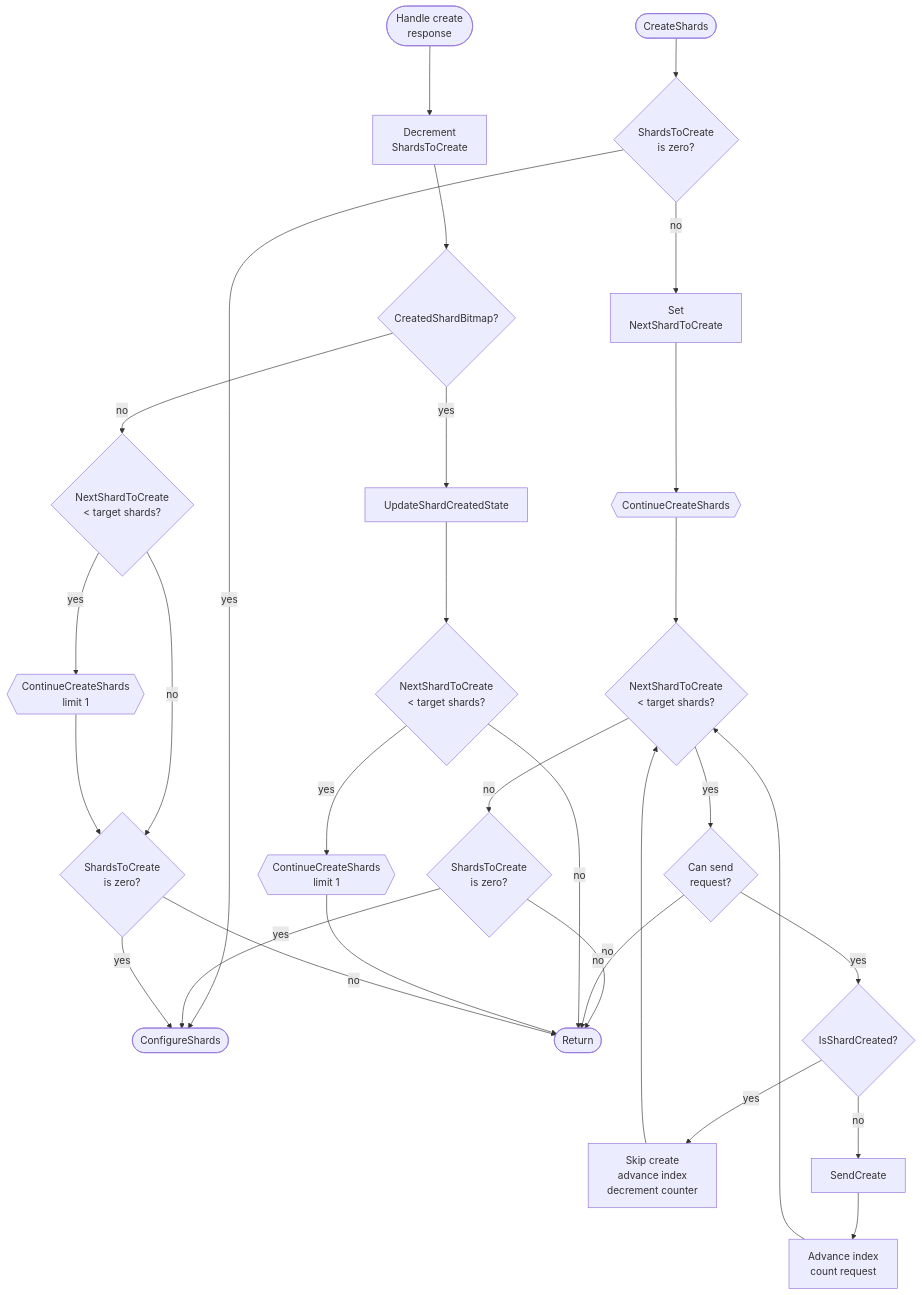
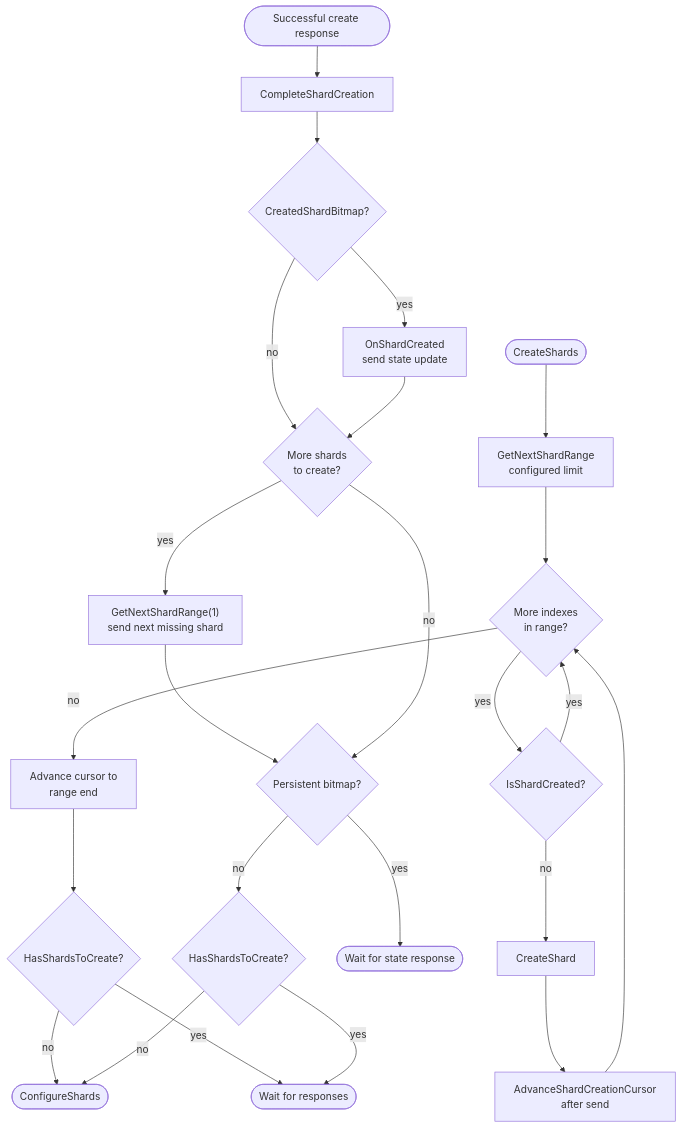
Before and after one commit to ydb-platform/nbs: the third of 4 diagrams in doc/filestore/design/resize_flow.md, drawn with Mermaid. The commit also changed other lines of this file, not shown here.

Commit message:
[Filestore] update create/resize doc to current state

````diff
--- a/doc/filestore/design/resize_flow.md
+++ b/doc/filestore/design/resize_flow.md
@@ -138,37 +150,27 @@
 ```mermaid
 flowchart TD
-    StartCreate([CreateShards]) --> NoCreate{ShardsToCreate<br/>is zero?}
-    NoCreate -->|yes| Configure([ConfigureShards])
-    NoCreate -->|no| Init["Set<br/>NextShardToCreate"]
-    Init --> Continue{{ContinueCreateShards}}
+    StartCreate([CreateShards]) --> Range["GetNextShardRange<br/>configured limit"]
+    Range --> Index{More indexes<br/>in range?}
+    Index -->|yes| Created{IsShardCreated?}
+    Created -->|yes| Index
+    Created -->|no| Send["CreateShard"]
+    Send --> Advance["AdvanceShardCreationCursor<br/>after send"]
+    Advance --> Index
+    Index -->|no| End["Advance cursor to<br/>range end"]
+    End --> Done{HasShardsToCreate?}
+    Done -->|no| Configure([ConfigureShards])
+    Done -->|yes| Wait([Wait for responses])
 
-    Continue --> MoreIndex{NextShardToCreate<br/>< target shards?}
-    MoreIndex -->|no| AfterLoop{ShardsToCreate<br/>is zero?}
-    AfterLoop -->|yes| Configure
-    AfterLoop -->|no| Return([Return])
-
-    MoreIndex -->|yes| CanSend{Can send<br/>request?}
-    CanSend -->|no| Return
-    CanSend -->|yes| Created{IsShardCreated?}
-    Created -->|yes| SkipCreate["Skip create<br/>advance index<br/>decrement counter"]
-    SkipCreate --> MoreIndex
-    Created -->|no| SendCreate
-    SendCreate --> Advance["Advance index<br/>count request"]
-    Advance --> MoreIndex
-
-    StartResponse([Handle create<br/>response]) --> Decrement["Decrement<br/>ShardsToCreate"]
-    Decrement --> HasBitmap{CreatedShardBitmap?}
-
-    HasBitmap -->|yes| UpdateBits["UpdateShardCreatedState"]
-    UpdateBits --> MaybeRefillPersistent{NextShardToCreate<br/>< target shards?}
-    MaybeRefillPersistent -->|yes| ContinueOnePersistent{{ContinueCreateShards<br/>limit 1}}
-    MaybeRefillPersistent -->|no| Return
-    ContinueOnePersistent --> Return
-
-    HasBitmap -->|no| MaybeRefillFallback{NextShardToCreate<br/>< target shards?}
-    MaybeRefillFallback -->|yes| ContinueOneFallback{{ContinueCreateShards<br/>limit 1}}
-    MaybeRefillFallback -->|no| FallbackDone{ShardsToCreate<br/>is zero?}
-    ContinueOneFallback --> FallbackDone
-    FallbackDone -->|yes| Configure
-    FallbackDone -->|no| Return
+    Response([Successful create response]) --> Complete["CompleteShardCreation"]
+    Complete --> Persist{CreatedShardBitmap?}
+    Persist -->|yes| Record["OnShardCreated<br/>send state update"]
+    Persist -->|no| Refill
+    Record --> Refill{More shards<br/>to create?}
+    Refill -->|yes| One["GetNextShardRange(1)<br/>send next missing shard"]
+    One --> Barrier
+    Refill -->|no| Barrier{Persistent bitmap?}
+    Barrier -->|yes| WaitState([Wait for state response])
+    Barrier -->|no| Finish{HasShardsToCreate?}
+    Finish -->|no| Configure
+    Finish -->|yes| Wait
 ```
````
